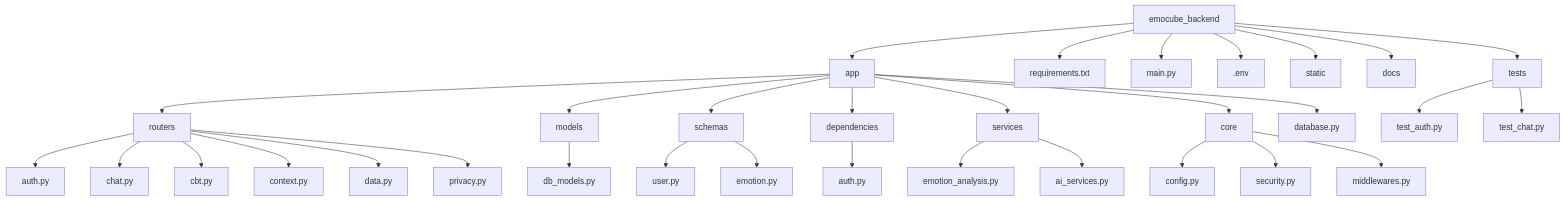
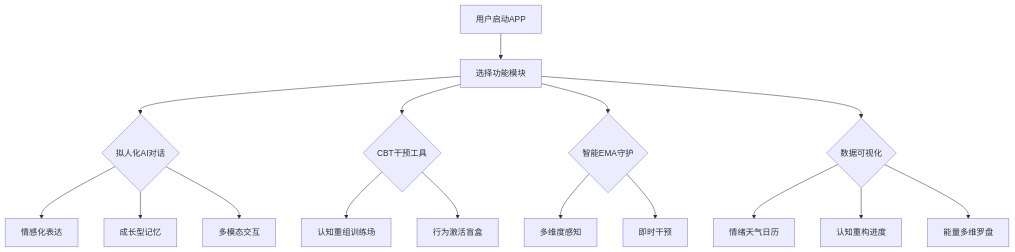
Before and after one commit to Morbid79/CogniCube: the fourth of 5 diagrams in README.md, drawn with Mermaid. The commit also changed other lines of this file, not shown here.

````diff
--- a/README.md
+++ b/README.md
@@ -195,42 +252,18 @@
 ```mermaid
 graph TD
-    A[emocube_backend] --> B[app]
-    A --> C[requirements.txt]
-    A --> D[main.py]
-    A --> E[.env]
-    A --> F[static]
-    A --> G[docs]
-    A --> H[tests]
-    
-    B --> I[routers]
-    B --> J[models]
-    B --> K[schemas]
-    B --> L[dependencies]
-    B --> M[services]
-    B --> N[core]
-    B --> O[database.py]
-    
-    I --> P[auth.py]
-    I --> Q[chat.py]
-    I --> R[cbt.py]
-    I --> S[context.py]
-    I --> T[data.py]
-    I --> U[privacy.py]
-    
-    J --> V[db_models.py]
-    
-    K --> W[user.py]
-    K --> X[emotion.py]
-    
-    L --> Y[auth.py]
-    
-    M --> Z[emotion_analysis.py]
-    M --> AA[ai_services.py]
-    
-    N --> AB[config.py]
-    N --> AC[security.py]
-    N --> AD[middlewares.py]
-    
-    H --> AE[test_auth.py]
-    H --> AF[test_chat.py]
+    A[用户启动APP] --> B[选择功能模块]
+    B --> C{拟人化AI对话}
+    B --> D{CBT干预工具}
+    B --> E{智能EMA守护}
+    B --> F{数据可视化}
+    C --> G[情感化表达]
+    C --> H[成长型记忆]
+    C --> I[多模态交互]
+    D --> J[认知重组训练场]
+    D --> K[行为激活盲盒]
+    E --> L[多维度感知]
+    E --> M[即时干预]
+    F --> N[情绪天气日历]
+    F --> O[认知重构进度]
+    F --> P[能量多维罗盘]
 ```
````
